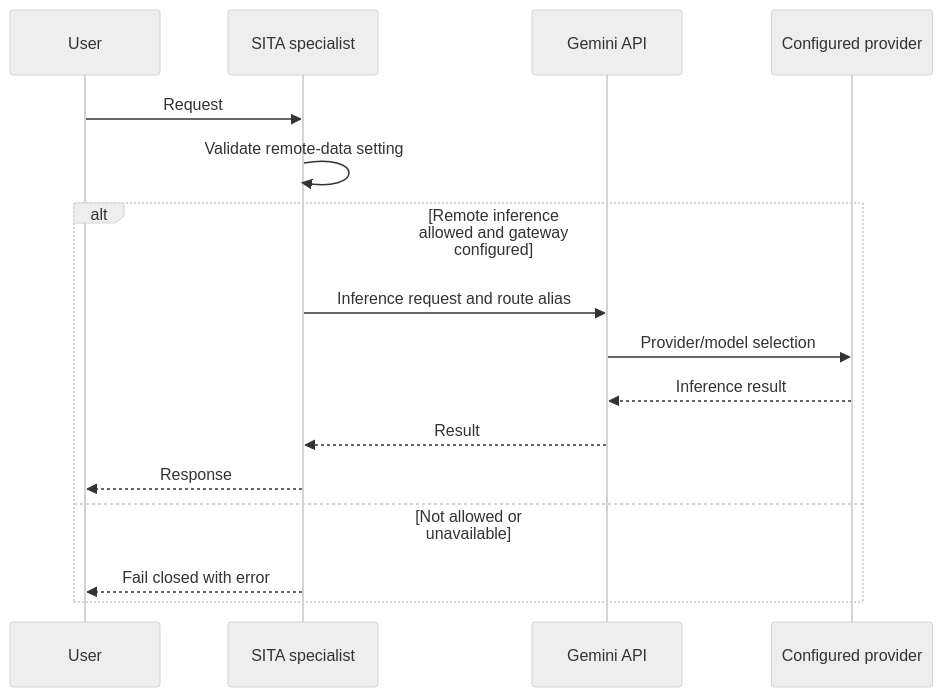
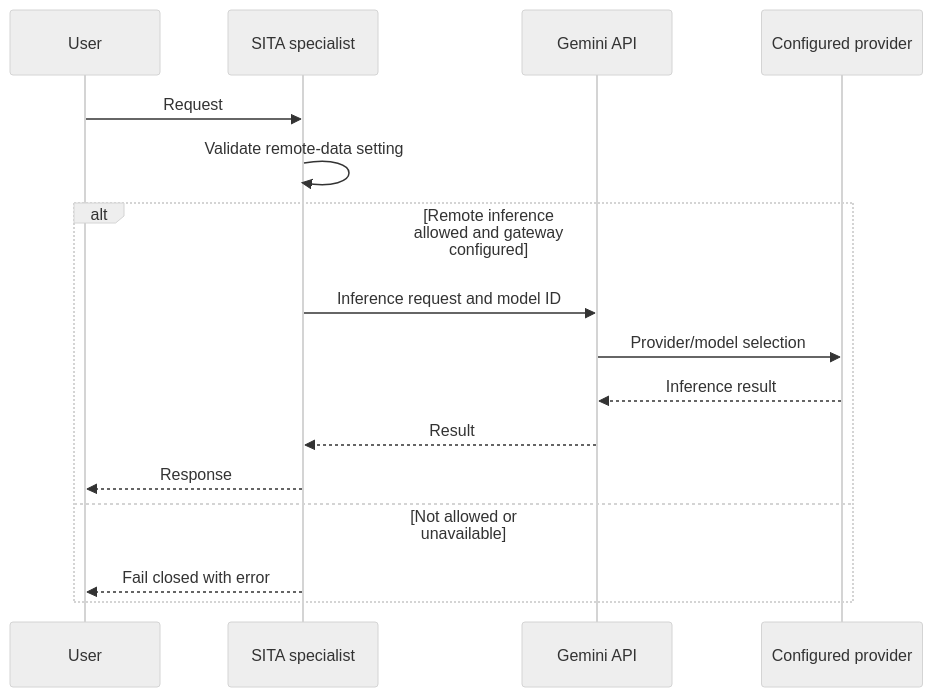
Before and after one commit to deathkernel/SITA: the third of 12 diagrams in README.md, drawn with Mermaid (neutral theme). The commit also changed other lines of this file, not shown here.

````diff
--- a/README.md
+++ b/README.md
@@ -365,18 +366,18 @@
 ```mermaid
 sequenceDiagram
   participant U as User
   participant T as SITA specialist
   participant O as Gemini API
   participant P as Configured provider
   U->>T: Request
   T->>T: Validate remote-data setting
   alt Remote inference allowed and gateway configured
-    T->>O: Inference request and route alias
+    T->>O: Inference request and model ID
     O->>P: Provider/model selection
     P-->>O: Inference result
     O-->>T: Result
     T-->>U: Response
   else Not allowed or unavailable
     T-->>U: Fail closed with error
   end
 ```
````
